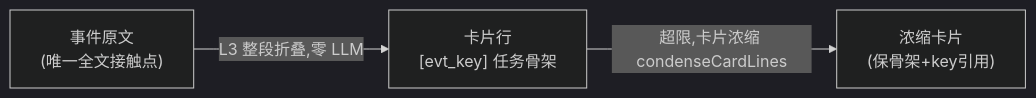
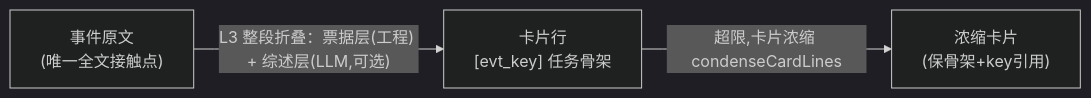
Before and after one commit to SpellingDragon/tagent: the third of 5 diagrams in README.md, drawn with Mermaid (dark theme). The commit also changed other lines of this file and 9 other files, not shown here.

````diff
--- a/README.md
+++ b/README.md
@@ -134,5 +134,5 @@
 ```mermaid
 graph LR
-    A["事件原文<br/>(唯一全文接触点)"] -->|L3 整段折叠,零 LLM| C["卡片行<br/>[evt_key] 任务骨架"]
+    A["事件原文<br/>(唯一全文接触点)"] -->|"L3 整段折叠：票据层(工程) + 综述层(LLM,可选)"| C["卡片行<br/>[evt_key] 任务骨架"]
     C -->|超限,卡片浓缩 condenseCardLines| D["浓缩卡片<br/>(保骨架+key引用)"]
 ```
````
